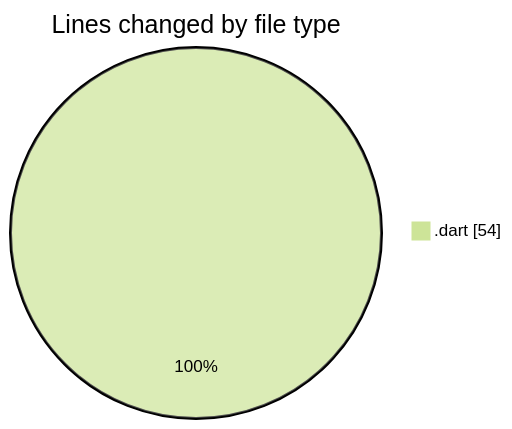
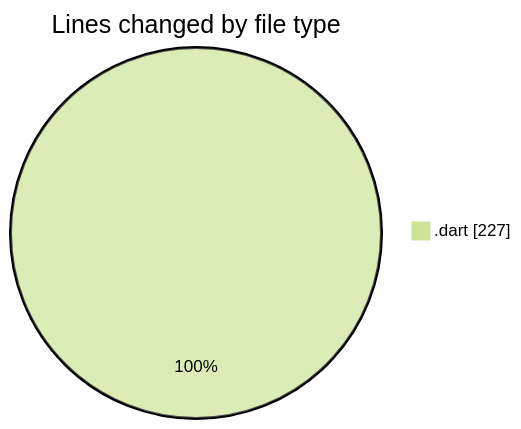
The first of 2 diagrams in 2025-01-13/trackers_app/README.md (donsfak/code-tracking), drawn with Mermaid (forest theme) before and after one commit. The commit also changed other lines of this file and 1 other file, not shown here.

````diff
--- a/2025-01-13/trackers_app/README.md
+++ b/2025-01-13/trackers_app/README.md
@@ -21,5 +22,5 @@
 ```mermaid
 pie showData
 title Lines changed by file type
-".dart" : 54
+".dart" : 227
 ```
````
